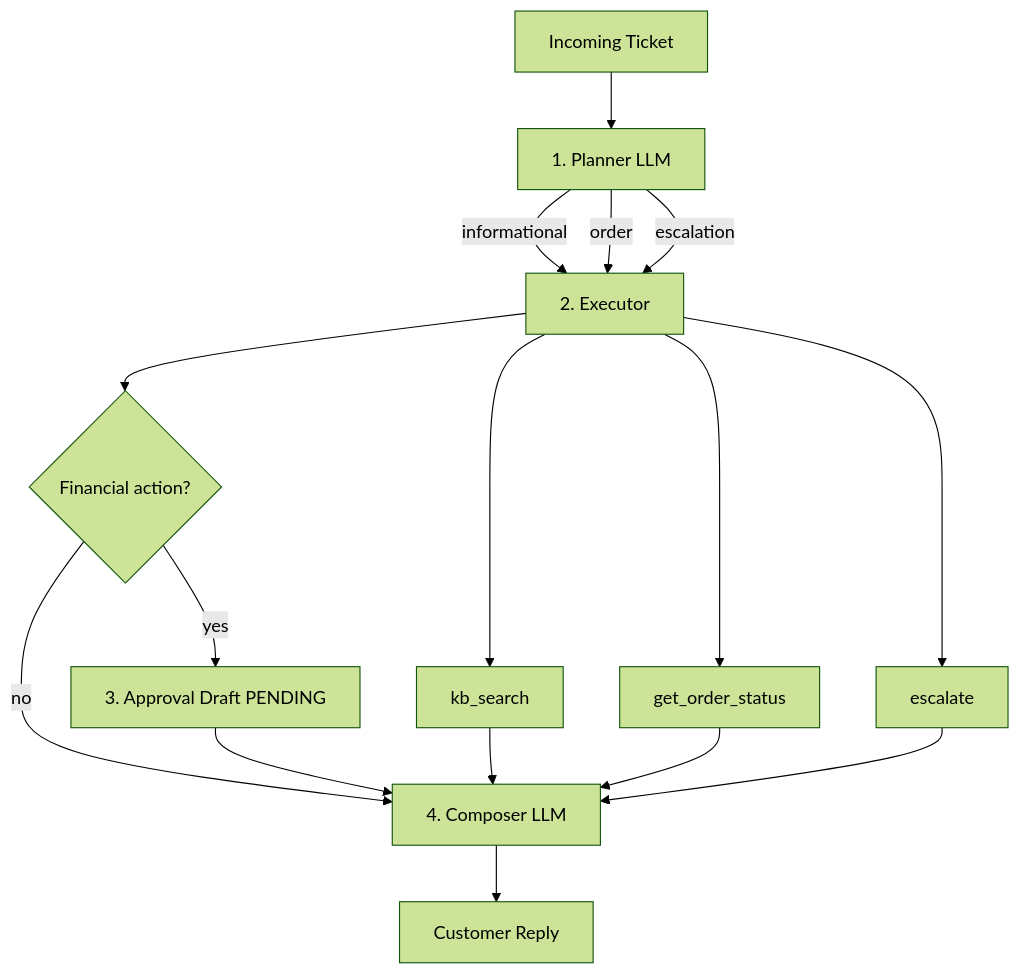
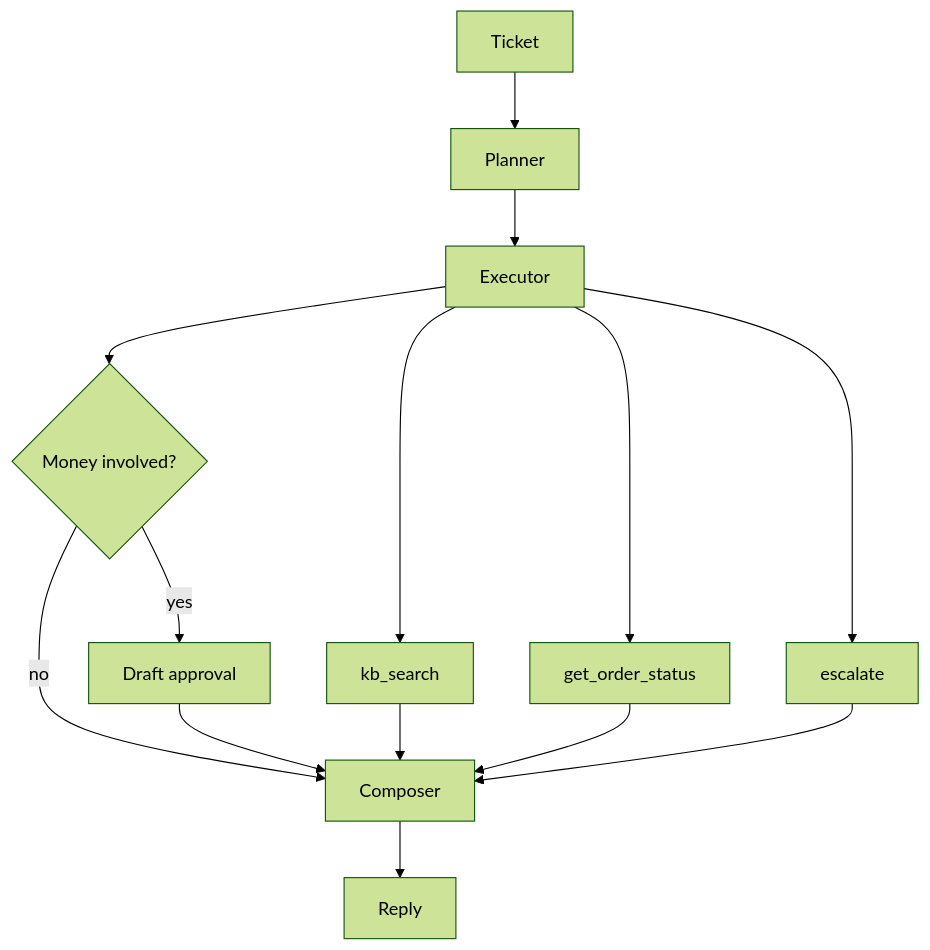
Before and after one commit to Abhaypatil6/Optivaize: the diagram in README.md, drawn with Mermaid (forest theme). The commit also changed other lines of this file and 14 other files, not shown here.

````diff
--- a/README.md
+++ b/README.md
@@ -164,18 +59,16 @@
 ```mermaid
 flowchart TD
-    T[Incoming Ticket] --> P[1. Planner LLM]
-    P -->|informational| E[2. Executor]
-    P -->|order| E
-    P -->|escalation| E
+    T[Ticket] --> P[Planner]
+    P --> E[Executor]
     E --> KB[kb_search]
     E --> ORD[get_order_status]
     E --> ESC[escalate]
-    E --> HITL{Financial action?}
-    HITL -->|yes| DRAFT[3. Approval Draft PENDING]
-    HITL -->|no| C[4. Composer LLM]
-    DRAFT --> C
+    E --> HITL{Money involved?}
+    HITL -->|yes| D[Draft approval]
+    HITL -->|no| C[Composer]
+    D --> C
     KB --> C
     ORD --> C
     ESC --> C
-    C --> R[Customer Reply]
+    C --> R[Reply]
 ```
````
